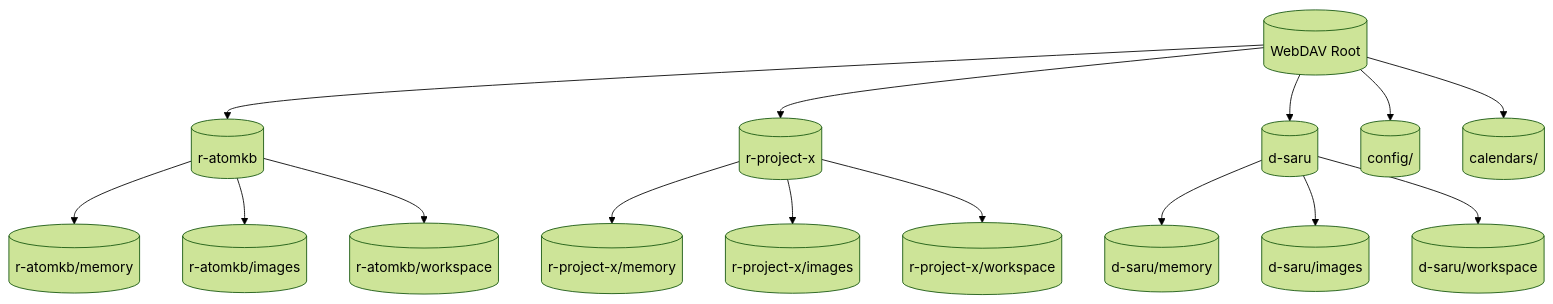
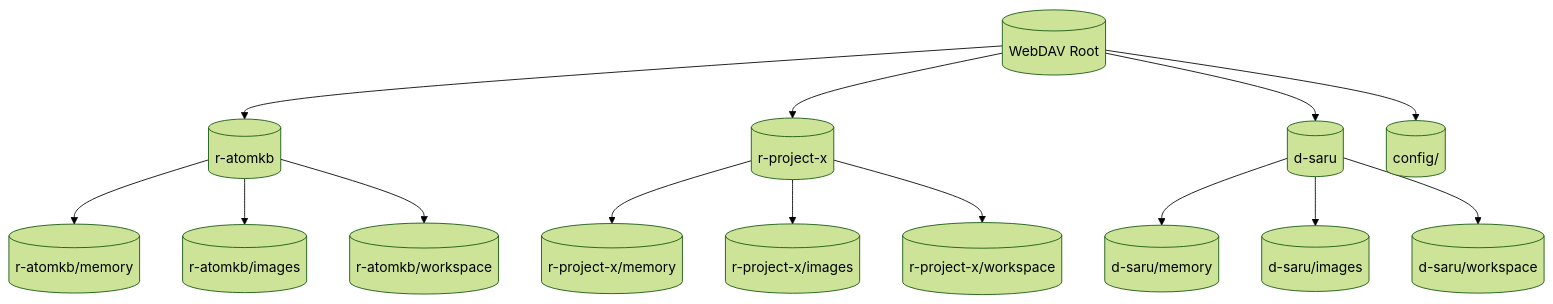
One commit to cosmoswafer/rockbot changed the fourth of 4 diagrams in _dfds/tools/webdav.md. Above: the diagram before and after it, drawn with Mermaid (forest theme). The commit also changed other lines of this file and 13 other files, not shown here.

````diff
--- a/_dfds/tools/webdav.md
+++ b/_dfds/tools/webdav.md
@@ -125,33 +128,31 @@
 ```mermaid
 flowchart TD
     ROOT[(WebDAV Root)]
     CH_ATOM[(r-atomkb)]
     CH_PROJ[(r-project-x)]
     DM_SARU[(d-saru)]
     MEM_ATOM[(r-atomkb/memory)]
     IMG_ATOM[(r-atomkb/images)]
     WSP_ATOM[(r-atomkb/workspace)]
     MEM_PROJ[(r-project-x/memory)]
     IMG_PROJ[(r-project-x/images)]
     WSP_PROJ[(r-project-x/workspace)]
     MEM_SARU[(d-saru/memory)]
     IMG_SARU[(d-saru/images)]
     WSP_SARU[(d-saru/workspace)]
     CFG_DIR[(config/)]
-    CAL_DIR[(calendars/)]
 
     ROOT --> CH_ATOM
     ROOT --> CH_PROJ
     ROOT --> DM_SARU
     ROOT --> CFG_DIR
-    ROOT --> CAL_DIR
     CH_ATOM --> MEM_ATOM
     CH_ATOM --> IMG_ATOM
     CH_ATOM --> WSP_ATOM
     CH_PROJ --> MEM_PROJ
     CH_PROJ --> IMG_PROJ
     CH_PROJ --> WSP_PROJ
     DM_SARU --> MEM_SARU
     DM_SARU --> IMG_SARU
     DM_SARU --> WSP_SARU
 ```
````
